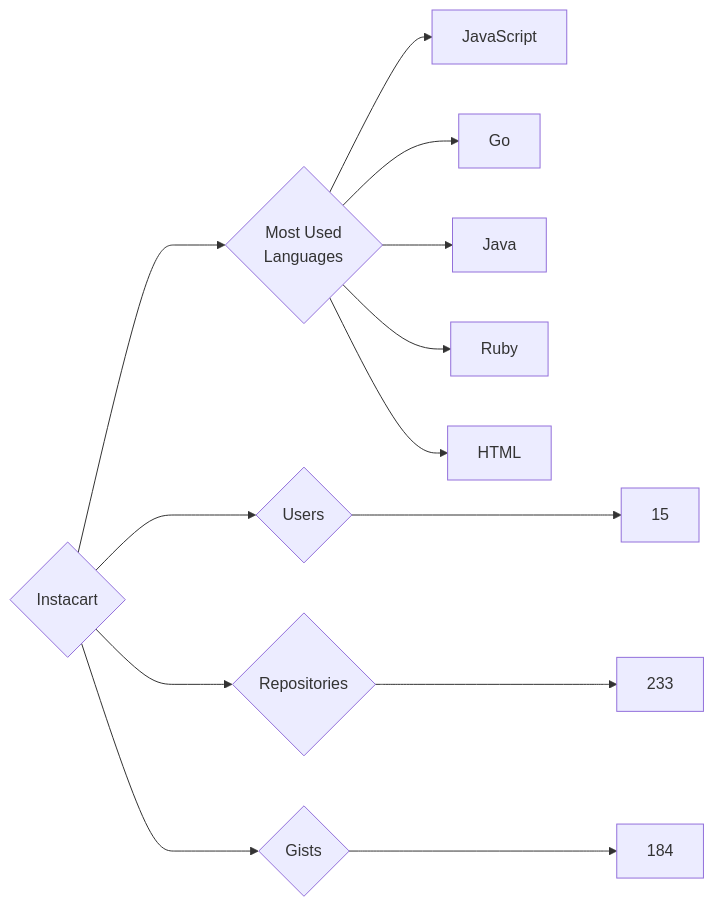
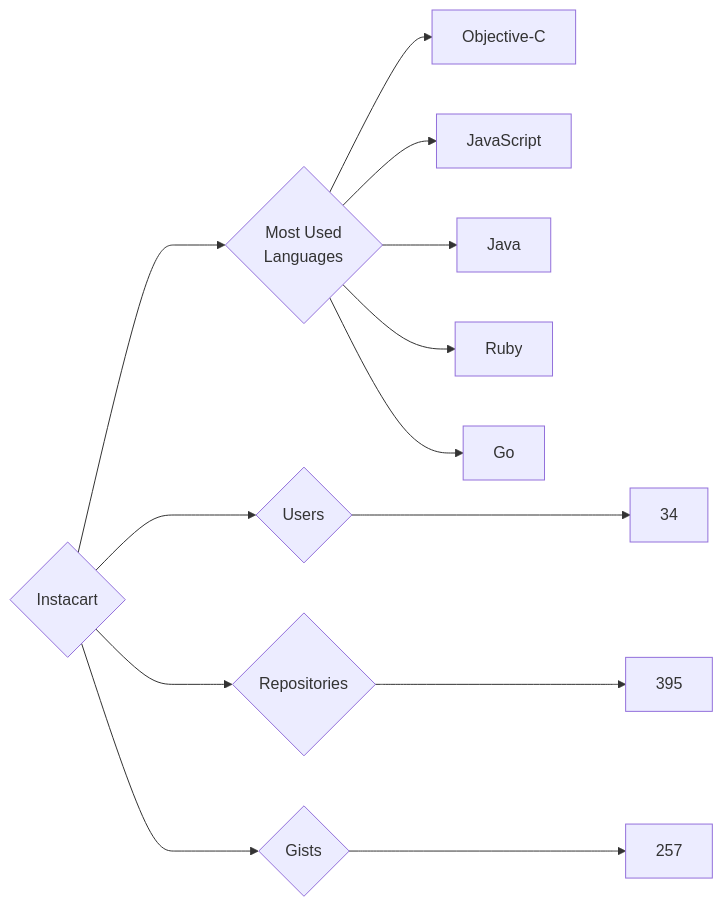
The diagram in targets/Instacart/README.md (trickest/insiders), drawn with Mermaid before and after one commit. The commit also changed 944 other files, not shown here.

````diff
--- a/targets/Instacart/README.md
+++ b/targets/Instacart/README.md
@@ -3,13 +3,13 @@
 ```mermaid
 graph LR
 COMPANY_NAME{Instacart}
-COMPANY_NAME ---> U{Users} ---> UN[15]
-COMPANY_NAME ---> R{Repositories} ---> RN[233]
-COMPANY_NAME ---> G{Gists} ---> GN[184]
+COMPANY_NAME ---> U{Users} ---> UN[34]
+COMPANY_NAME ---> R{Repositories} ---> RN[395]
+COMPANY_NAME ---> G{Gists} ---> GN[257]
 COMPANY_NAME ---> ML{Most Used<br>Languages}
+ML --> Objective-C[Objective-C]
 ML --> JavaScript[JavaScript]
-ML --> Go[Go]
 ML --> Java[Java]
 ML --> Ruby[Ruby]
-ML --> HTML[HTML]
+ML --> Go[Go]
 ```
````
